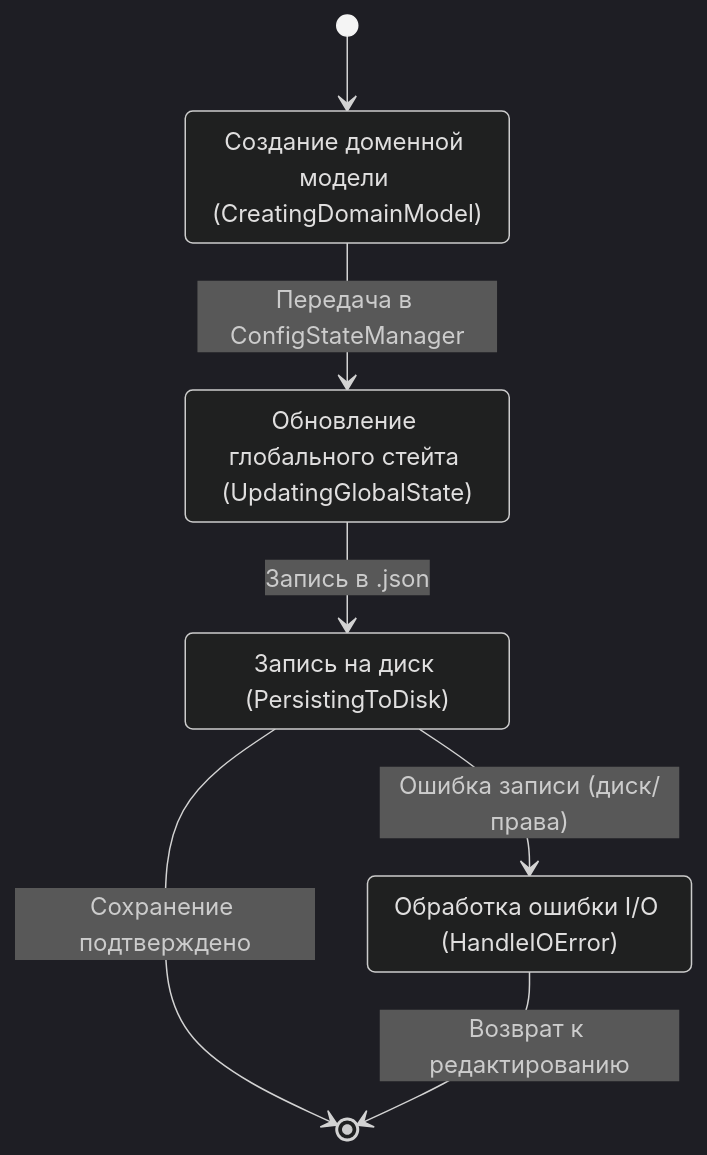
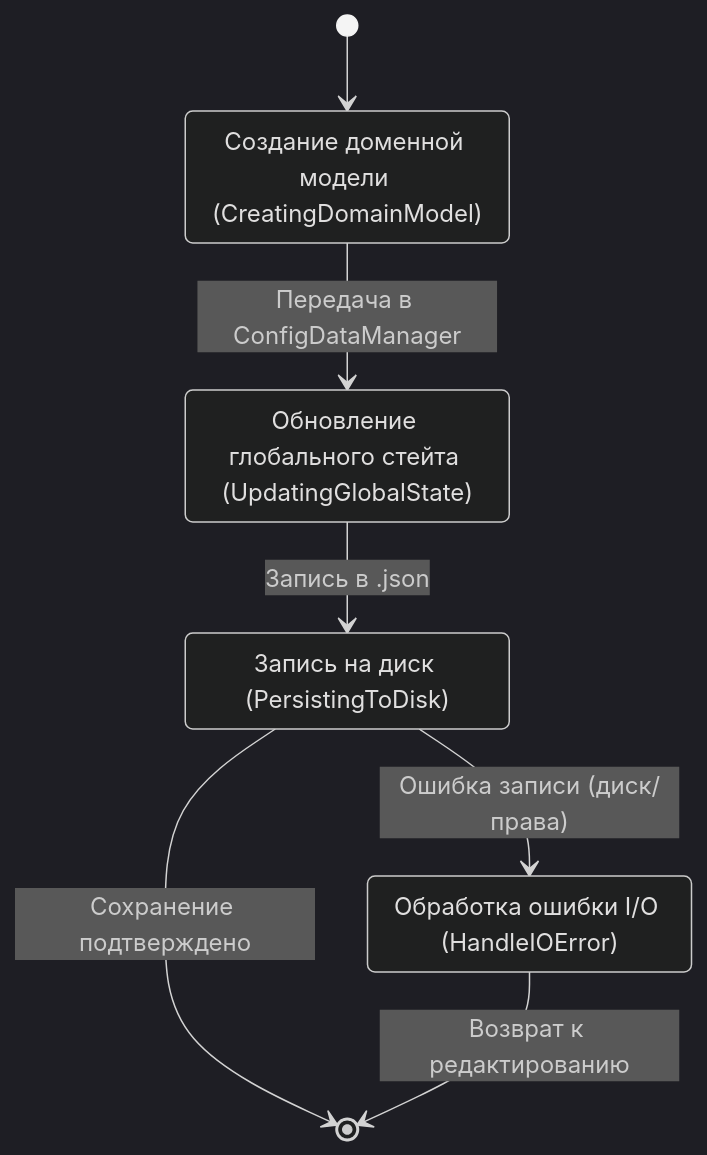
The fourth of 5 diagrams in docs/01_UI/State/state_ConfigDialog.md (1DenLy/ForzaAITuner), drawn with Mermaid (dark theme) before and after one commit. The commit also changed 4 other files, not shown here.

````diff
--- a/docs/01_UI/State/state_ConfigDialog.md
+++ b/docs/01_UI/State/state_ConfigDialog.md
@@ -57,14 +57,14 @@
 ```mermaid
 stateDiagram-v2
     state "Создание доменной модели (CreatingDomainModel)" as CreatingDomainModel
     state "Обновление глобального стейта (UpdatingGlobalState)" as UpdatingGlobalState
     state "Запись на диск (PersistingToDisk)" as PersistingToDisk
     state "Обработка ошибки I/O (HandleIOError)" as HandleIOError
 
     [*] --> CreatingDomainModel
-    CreatingDomainModel --> UpdatingGlobalState : Передача в ConfigStateManager
+    CreatingDomainModel --> UpdatingGlobalState : Передача в ConfigDataManager
     UpdatingGlobalState --> PersistingToDisk : Запись в .json
     PersistingToDisk --> [*] : Сохранение подтверждено
     PersistingToDisk --> HandleIOError : Ошибка записи (диск/права)
     HandleIOError --> [*] : Возврат к редактированию
 ```
````
